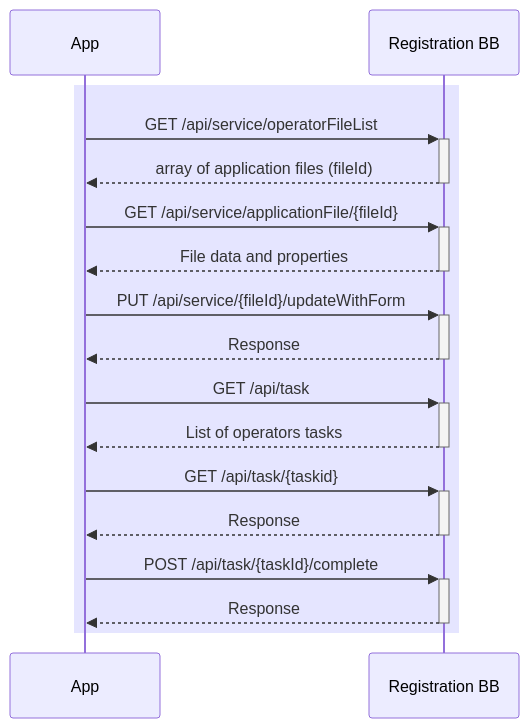
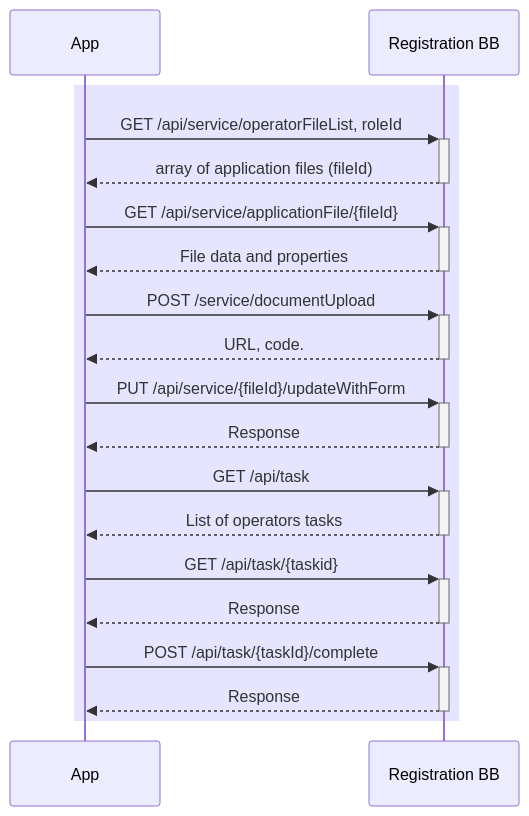
The diagram in api/OperatorSequenceDiagram.mermaid (GovStackWorkingGroup/bb-registration), drawn with Mermaid before and after one commit.

Commit message:
Update OperatorSequenceDiagram.mermaid
added one document upload api

```diff
--- a/api/OperatorSequenceDiagram.mermaid
+++ b/api/OperatorSequenceDiagram.mermaid
@@ -1,25 +1,30 @@
 sequenceDiagram
     rect rgba(0, 0, 255, .1)
 
 
-    App->>+Registration BB: GET /api/service/operatorFileList
+    App->>+Registration BB: GET /api/service/operatorFileList, roleId
     Registration BB-->>-App: array of application files (fileId)
     
     App->>+Registration BB: GET /api/service/applicationFile/{fileId}
     Registration BB-->>-App: File data and properties
+
+    
+    App->>+Registration BB: POST /service/documentUpload
+    Registration BB-->>-App:  URL, code. 
+
 
     App->>+Registration BB: PUT /api/service/{fileId}/updateWithForm
     Registration BB-->>-App: Response
 
     App->>+Registration BB: GET /api/task
     Registration BB-->>-App: List of operators tasks
 
     App->>+Registration BB: GET /api/task/{taskid}
     Registration BB-->>-App: Response
 
 
     App->>+Registration BB: POST /api/task/{taskId}/complete
     Registration BB-->>-App: Response
 
     
     end
```
